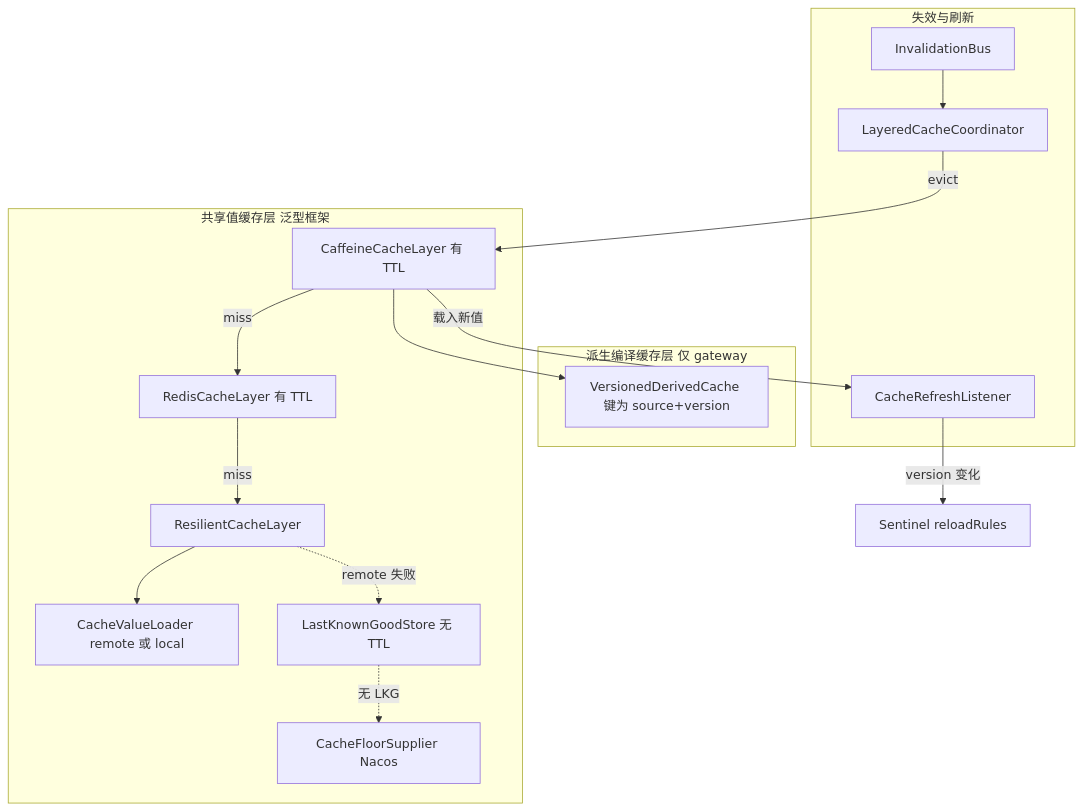
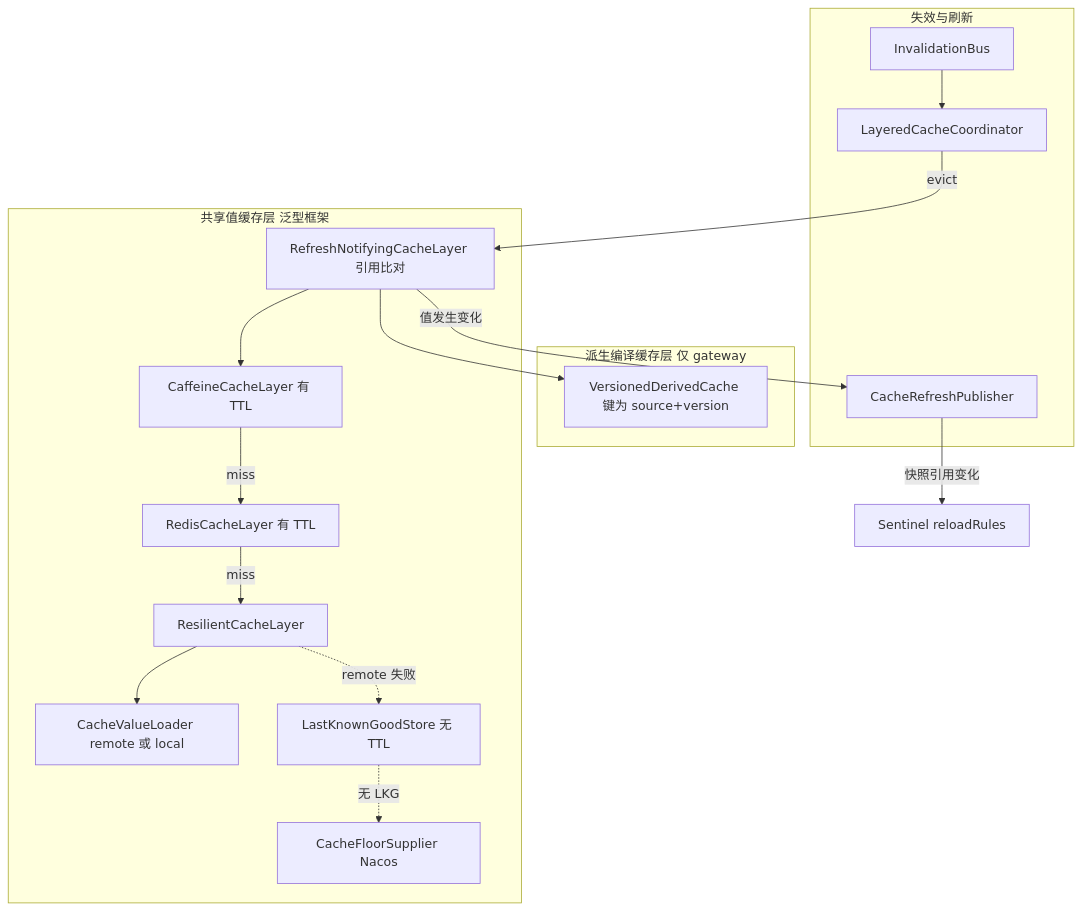
Before and after one commit to ingot-cloud/ingot: the diagram in specs/changes/active/20260730-framework-layered-cache/DESIGN.md, drawn with Mermaid. The commit also changed other lines of this file and 18 other files, not shown here.

````diff
--- a/specs/changes/active/20260730-framework-layered-cache/DESIGN.md
+++ b/specs/changes/active/20260730-framework-layered-cache/DESIGN.md
@@ -9,29 +9,31 @@
 ```mermaid
 flowchart TD
   subgraph shared [共享值缓存层 泛型框架]
+    NOTIFY["RefreshNotifyingCacheLayer 引用比对"]
     L1["CaffeineCacheLayer 有 TTL"]
     L2["RedisCacheLayer 有 TTL"]
     RES["ResilientCacheLayer"]
     LOADER["CacheValueLoader remote 或 local"]
     LKG["LastKnownGoodStore 无 TTL"]
     FLOOR["CacheFloorSupplier Nacos"]
+    NOTIFY --> L1
     L1 -->|miss| L2
     L2 -->|miss| RES
     RES --> LOADER
     RES -.->|"remote 失败"| LKG
     LKG -.->|"无 LKG"| FLOOR
   end
   subgraph derived [派生编译缓存层 仅 gateway]
     VDC["VersionedDerivedCache 键为 source+version"]
   end
   subgraph fanout [失效与刷新]
     BUS["InvalidationBus"]
     COORD["LayeredCacheCoordinator"]
-    REFRESH["CacheRefreshListener"]
+    REFRESH["CacheRefreshPublisher"]
   end
-  L1 --> VDC
+  NOTIFY --> VDC
   BUS --> COORD
-  COORD -->|evict| L1
-  L1 -->|"载入新值"| REFRESH
-  REFRESH -->|"version 变化"| SENT["Sentinel reloadRules"]
+  COORD -->|evict| NOTIFY
+  NOTIFY -->|"值发生变化"| REFRESH
+  REFRESH -->|"快照引用变化"| SENT["Sentinel reloadRules"]
 ```
````
